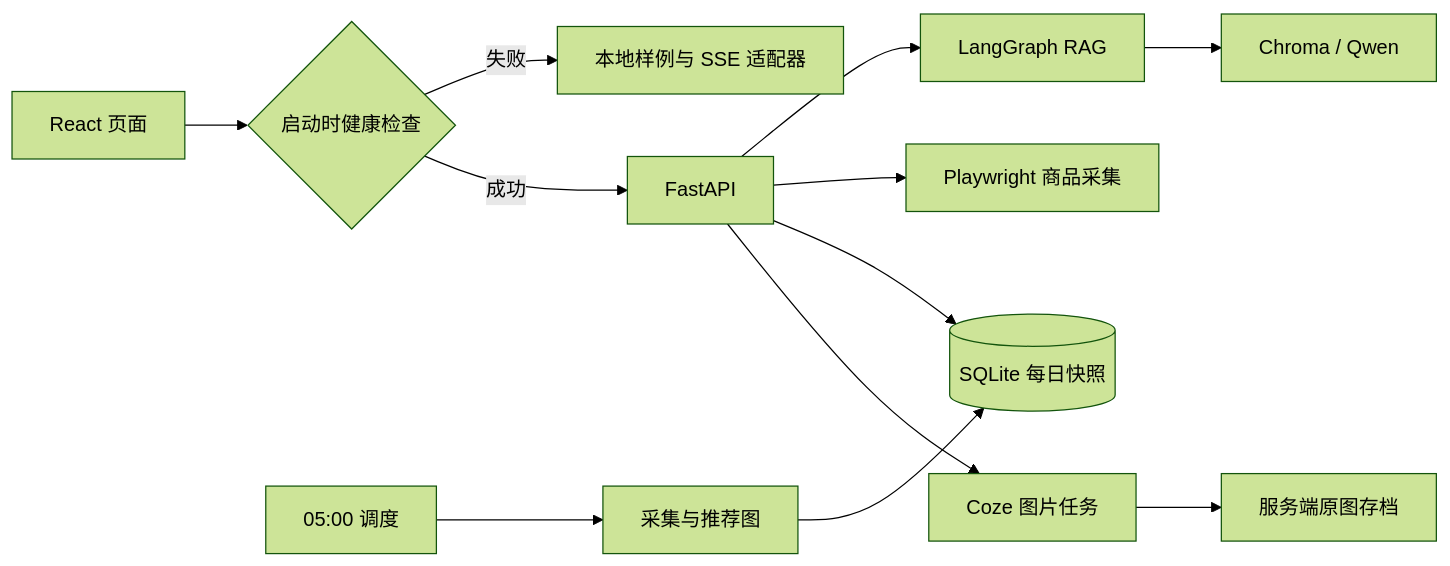
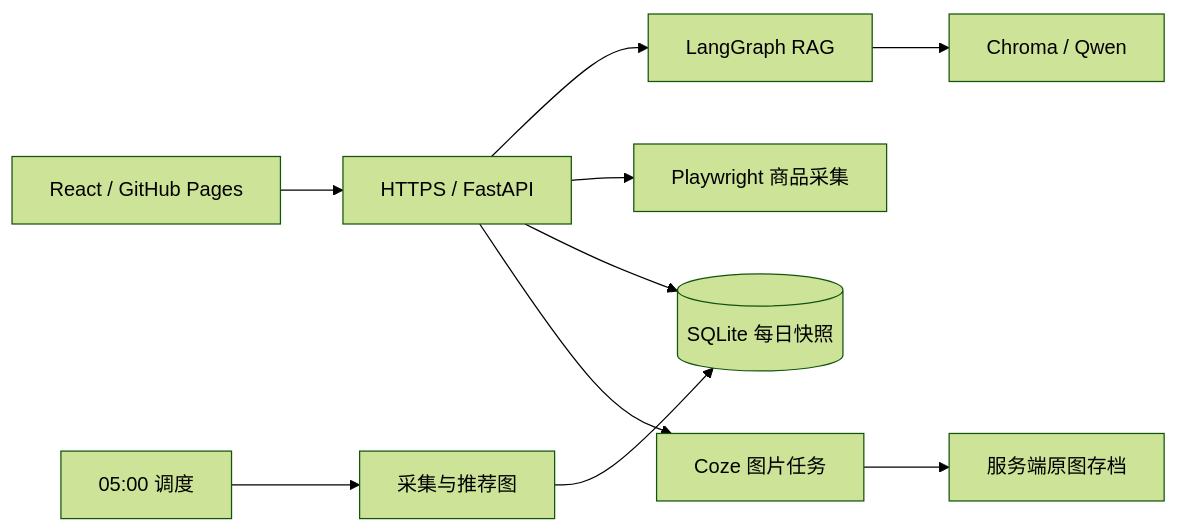
The diagram in README.md (RuoXiao00/kuajing), drawn with Mermaid (forest theme) before and after one commit. The commit also changed other lines of this file and 11 other files, not shown here.

````diff
--- a/README.md
+++ b/README.md
@@ -32,14 +39,12 @@
 ```mermaid
 flowchart LR
-    U[React 页面] --> D{启动时健康检查}
-    D -->|失败| S[本地样例与 SSE 适配器]
-    D -->|成功| A[FastAPI]
+    U[React / GitHub Pages] --> A[HTTPS / FastAPI]
     A --> K[LangGraph RAG]
     K --> V[Chroma / Qwen]
     A --> P[Playwright 商品采集]
     T[05:00 调度] --> R[采集与推荐图]
     R --> DB[(SQLite 每日快照)]
     A --> DB
     A --> I[Coze 图片任务]
     I --> F[服务端原图存档]
 ```
````
